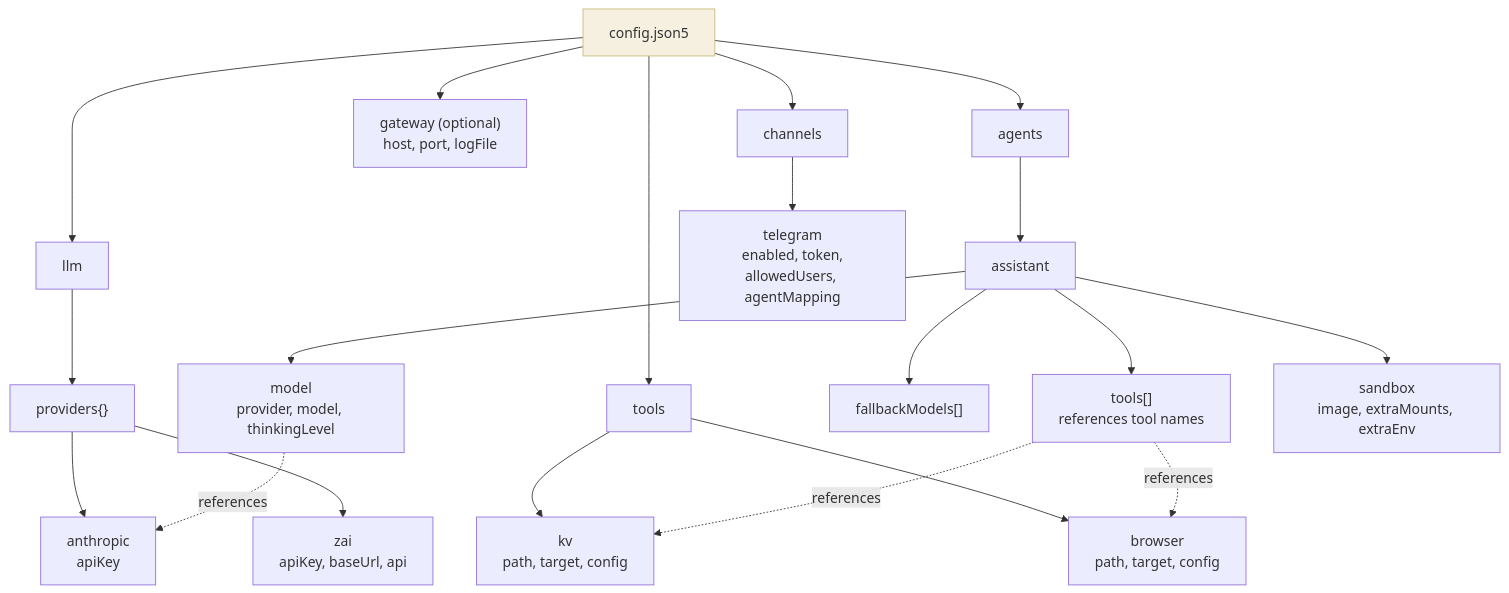
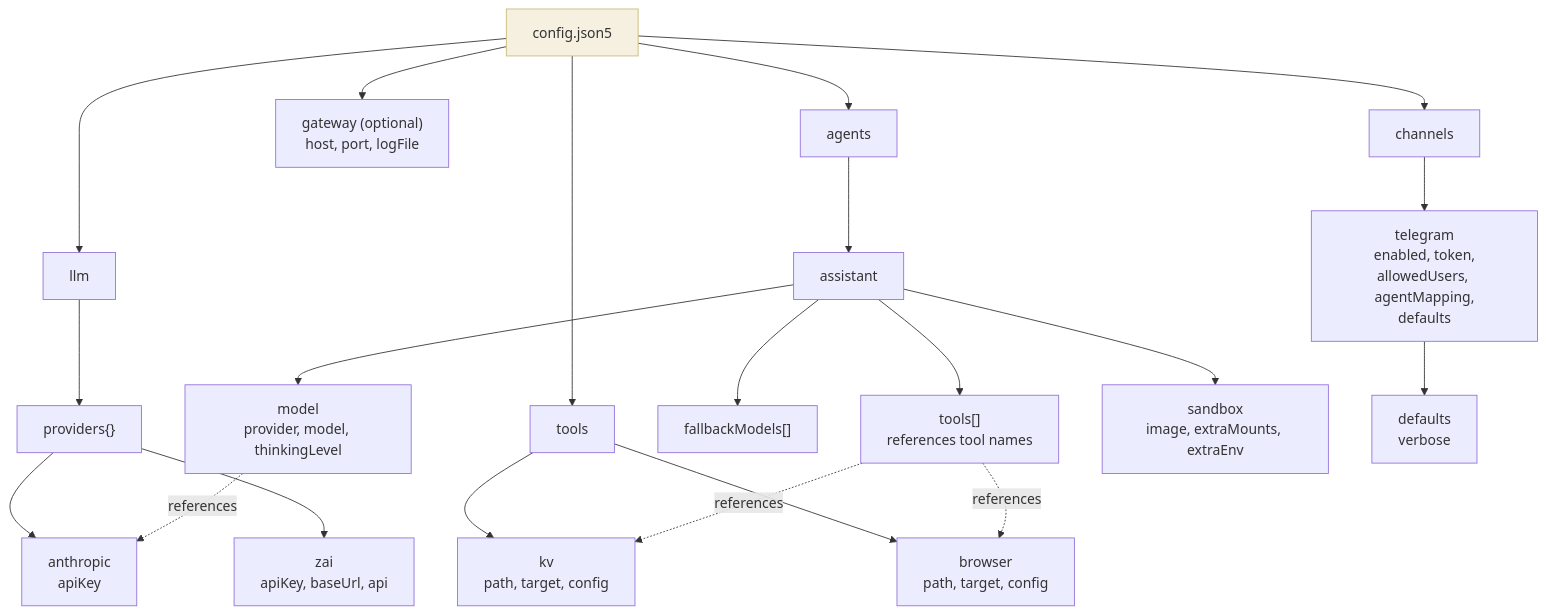
The diagram in docs/configuration.md (matthias-hausberger/beige), drawn with Mermaid before and after one commit. The commit also changed other lines of this file and 13 other files, not shown here.

Commit message:
feat: implement channel settings system with verbose mode for Telegram and TUI channels

````diff
--- a/docs/configuration.md
+++ b/docs/configuration.md
@@ -126,29 +155,30 @@
 ```mermaid
 graph TD
     CONFIG[config.json5] --> LLM[llm]
     CONFIG --> TOOLS[tools]
     CONFIG --> AGENTS[agents]
     CONFIG --> GW["gateway (optional)<br/>host, port, logFile"]
     CONFIG --> CHANNELS[channels]
 
     LLM --> PROVIDERS["providers{}"]
     PROVIDERS --> P1["anthropic<br/>apiKey"]
     PROVIDERS --> P2["zai<br/>apiKey, baseUrl, api"]
 
     TOOLS --> T1["kv<br/>path, target, config"]
     TOOLS --> T2["browser<br/>path, target, config"]
 
     AGENTS --> A1["assistant"]
     A1 --> MODEL["model<br/>provider, model, thinkingLevel"]
     A1 --> FALLBACK["fallbackModels[]"]
     A1 --> ATOOLS["tools[]<br/>references tool names"]
     A1 --> SANDBOX["sandbox<br/>image, extraMounts, extraEnv"]
 
-    CHANNELS --> TELEGRAM["telegram<br/>enabled, token,<br/>allowedUsers, agentMapping"]
+    CHANNELS --> TELEGRAM["telegram<br/>enabled, token,<br/>allowedUsers, agentMapping,<br/>defaults"]
+    TELEGRAM --> TGDEFAULTS["defaults<br/>verbose"]
 
     ATOOLS -.->|references| T1
     ATOOLS -.->|references| T2
     MODEL -.->|references| P1
 
     style CONFIG fill:#f5f0e0,stroke:#c9b97a
 ```
````
